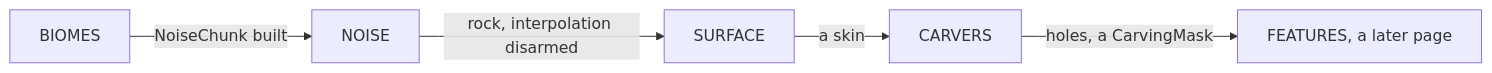
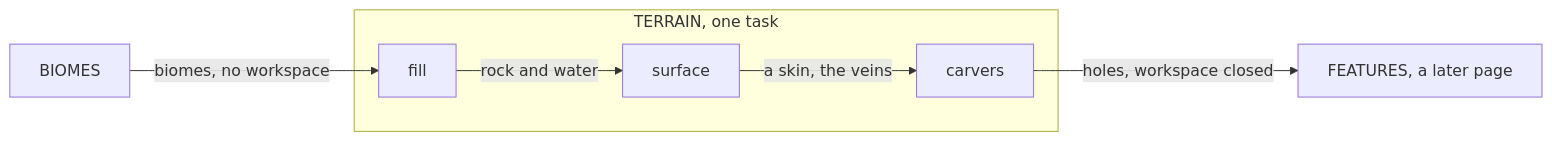
The first of 2 diagrams in src/systems/worldgen/terrain.md (AlexanderjFraser/MinecraftDocs), drawn with Mermaid before and after one commit. The commit also changed other lines of this file and 68 other files, not shown here.

````diff
--- a/src/systems/worldgen/terrain.md
+++ b/src/systems/worldgen/terrain.md
@@ -50,7 +51,11 @@
 ```mermaid
 flowchart LR
-    BIO["BIOMES"] -- "NoiseChunk built" --> NOI["NOISE"]
-    NOI -- "rock, interpolation disarmed" --> SUR["SURFACE"]
-    SUR -- "a skin" --> CAR["CARVERS"]
-    CAR -- "holes, a CarvingMask" --> FEA["FEATURES, a later page"]
+    BIO["BIOMES"]
+    subgraph TER["TERRAIN, one task"]
+    FIL["fill"] -- "rock and water" --> SUR["surface"]
+    SUR -- "a skin, the veins" --> CAR["carvers"]
+    end
+    FEA["FEATURES, a later page"]
+    BIO -- "biomes, no workspace" --> FIL
+    CAR -- "holes, workspace closed" --> FEA
 ```
````
